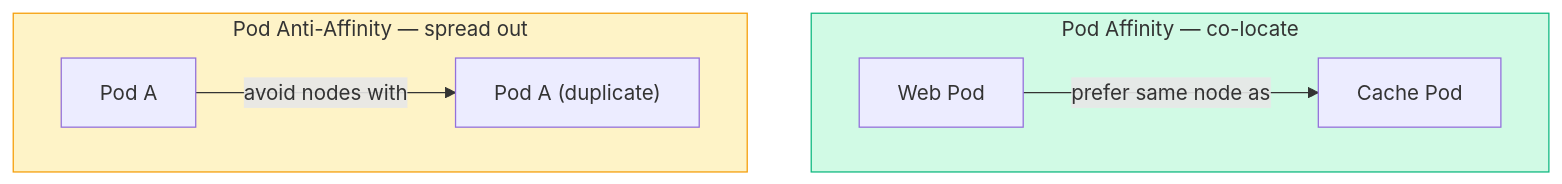
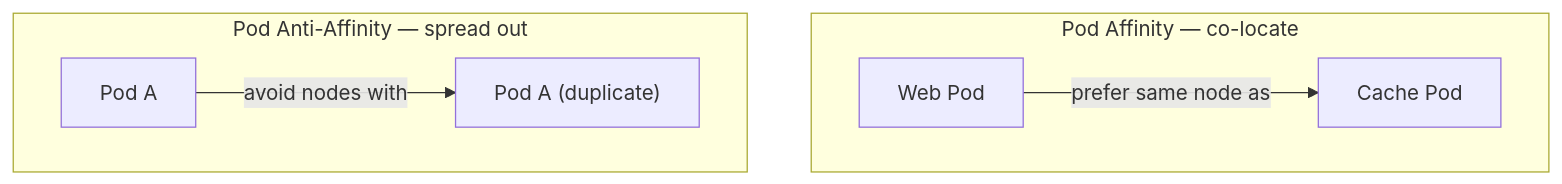
Before and after one commit to Gautam4424/k8slearn-content: the second of 2 diagrams in content/cka/05-scheduling-where-pods-land/53-node-affinity-pod-affinity/53-node-affinity-pod-affinity.md, drawn with Mermaid. The commit also changed other lines of this file and 40 other files, not shown here.

Commit message:
chore: fix mermaid style regex

````diff
--- a/content/cka/05-scheduling-where-pods-land/53-node-affinity-pod-affinity/53-node-affinity-pod-affinity.md
+++ b/content/cka/05-scheduling-where-pods-land/53-node-affinity-pod-affinity/53-node-affinity-pod-affinity.md
@@ -76,11 +75,9 @@
 ```mermaid
 flowchart TD
     subgraph AFF["Pod Affinity — co-locate"]
         WEB["Web Pod"] -->|prefer same node as| CACHE["Cache Pod"]
     end
     subgraph ANTI["Pod Anti-Affinity — spread out"]
         P1["Pod A"] -->|avoid nodes with| P2["Pod A (duplicate)"]
     end
-    style AFF fill:#d1fae5,stroke:#10b981
-    style ANTI fill:#fef3c7,stroke:#f59e0b
 ```
````
